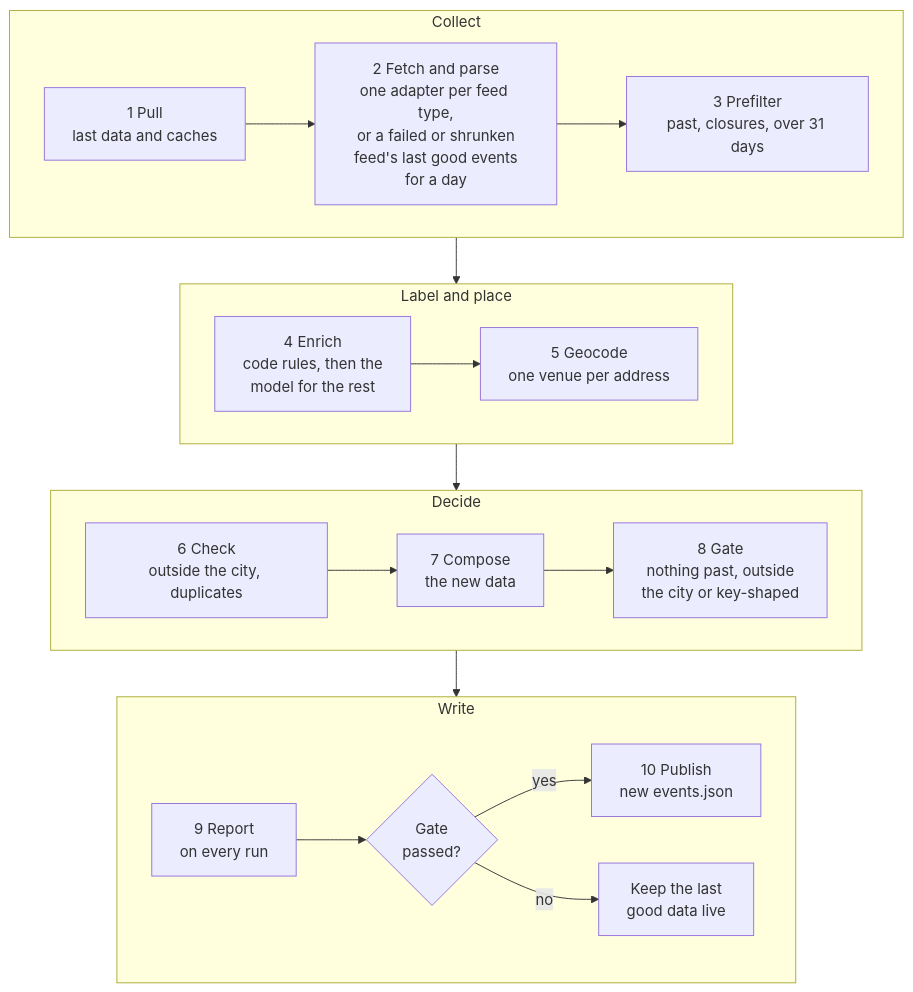
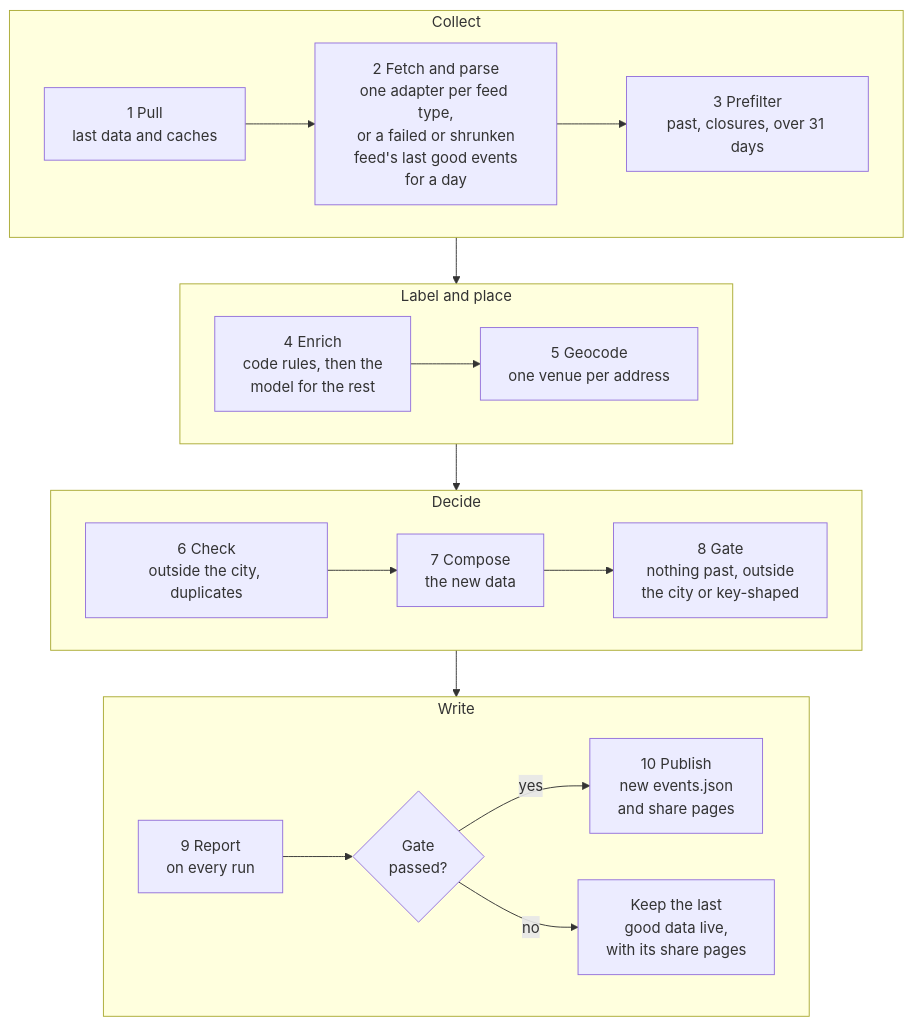
One commit to taneta/jcmaps changed the second of 2 diagrams in docs/how-it-works.md. Above: the diagram before and after it, drawn with Mermaid. The commit also changed other lines of this file and 18 other files, not shown here.

````diff
--- a/docs/how-it-works.md
+++ b/docs/how-it-works.md
@@ -46,25 +46,25 @@
 ```mermaid
 flowchart TB
     %% Mirrors build() in pipeline/cli.py. Update it when a stage is added, removed or reordered.
     subgraph collect ["Collect"]
         direction LR
         pull["1 Pull<br/>last data and caches"] --> fetch["2 Fetch and parse<br/>one adapter per feed type,<br/>or a failed or shrunken<br/>feed's last good events<br/>for a day"]
         fetch --> prefilter["3 Prefilter<br/>past, closures, over 31 days"]
     end
     subgraph enrichplace ["Label and place"]
         direction LR
         enrich["4 Enrich<br/>code rules, then the<br/>model for the rest"] --> geocode["5 Geocode<br/>one venue per address"]
     end
     subgraph decide ["Decide"]
         direction LR
         check["6 Check<br/>outside the city, duplicates"] --> compose["7 Compose<br/>the new data"]
         compose --> gate["8 Gate<br/>nothing past, outside<br/>the city or key-shaped"]
     end
     subgraph write ["Write"]
         direction LR
         report["9 Report<br/>on every run"] --> passed{"Gate<br/>passed?"}
-        passed -->|yes| publish["10 Publish<br/>new events.json"]
-        passed -->|no| keep["Keep the last<br/>good data live"]
+        passed -->|yes| publish["10 Publish<br/>new events.json<br/>and share pages"]
+        passed -->|no| keep["Keep the last<br/>good data live,<br/>with its share pages"]
     end
     collect --> enrichplace --> decide --> write
 ```
````
